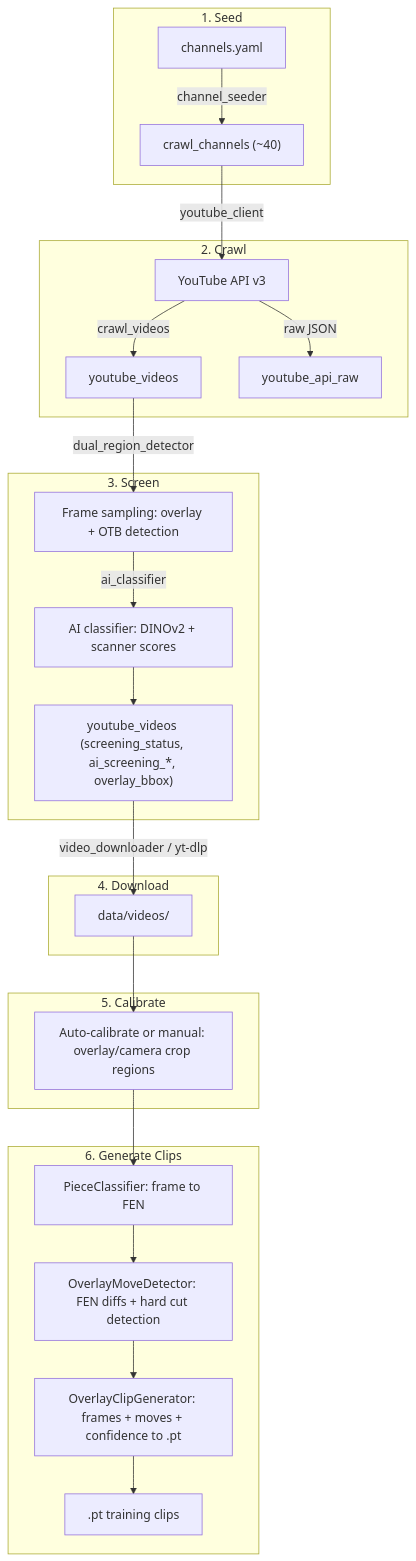
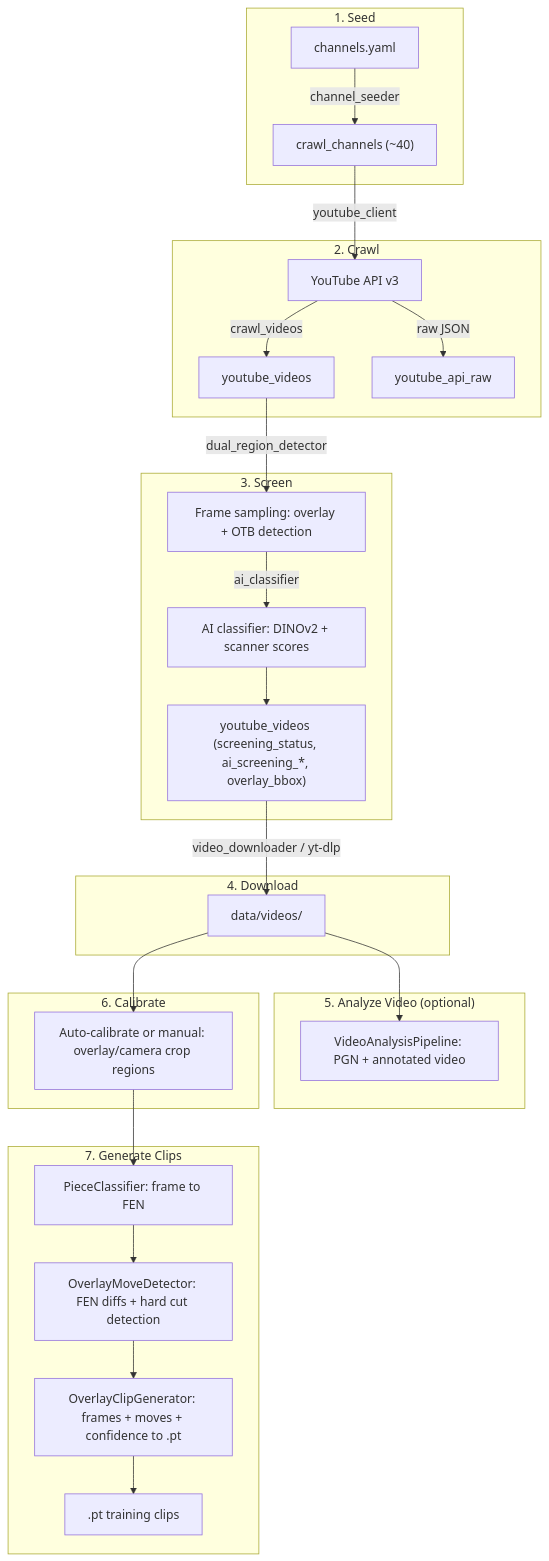
The third of 9 diagrams in README.md (dscape/argus), drawn with Mermaid before and after one commit. The commit also changed other lines of this file and 29 other files, not shown here.

First line of the commit message:
Integrate MLX analysis into the main pipeline

````diff
--- a/README.md
+++ b/README.md
@@ -237,33 +238,37 @@
 ```mermaid
 graph TD
     subgraph "1. Seed"
         CH[channels.yaml] -->|channel_seeder| DB_CH["crawl_channels (~40)"]
     end
 
     subgraph "2. Crawl"
         DB_CH -->|youtube_client| YT[YouTube API v3]
         YT -->|crawl_videos| DB_V[youtube_videos]
         YT -->|raw JSON| DB_R[youtube_api_raw]
     end
 
     subgraph "3. Screen"
         DB_V -->|dual_region_detector| DRD["Frame sampling: overlay + OTB detection"]
         DRD -->|ai_classifier| AI["AI classifier: DINOv2 + scanner scores"]
         AI --> DB_S["youtube_videos (screening_status, ai_screening_*, overlay_bbox)"]
     end
 
     subgraph "4. Download"
         DB_S -->|video_downloader / yt-dlp| VID["data/videos/"]
     end
 
-    subgraph "5. Calibrate"
+    subgraph "5. Analyze Video (optional)"
+        VID --> ANALYZE["VideoAnalysisPipeline: PGN + annotated video"]
+    end
+
+    subgraph "6. Calibrate"
         VID --> CAL["Auto-calibrate or manual: overlay/camera crop regions"]
     end
 
-    subgraph "6. Generate Clips"
+    subgraph "7. Generate Clips"
         CAL --> READ["PieceClassifier: frame to FEN"]
         READ --> MOVE["OverlayMoveDetector: FEN diffs + hard cut detection"]
         MOVE --> CLIP["OverlayClipGenerator: frames + moves + confidence to .pt"]
         CLIP --> PT[.pt training clips]
     end
 ```
````
